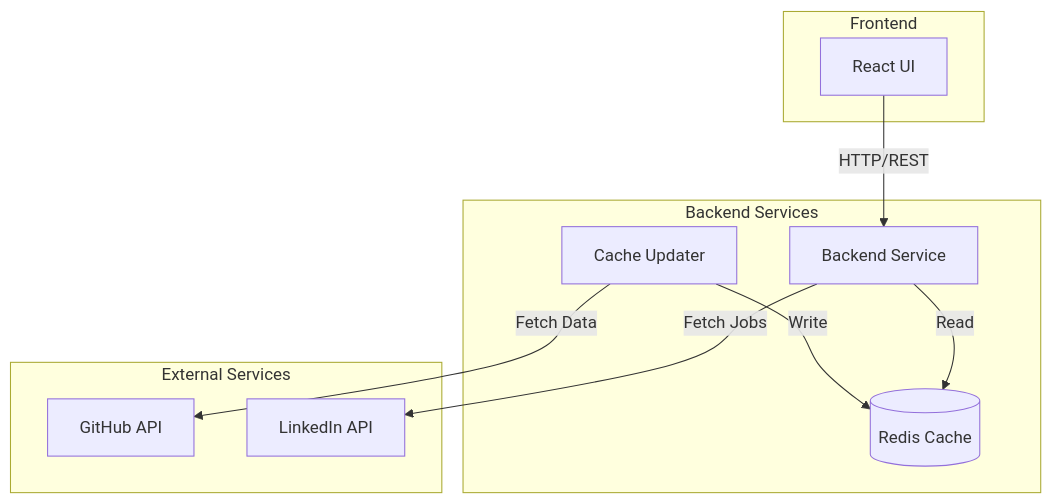
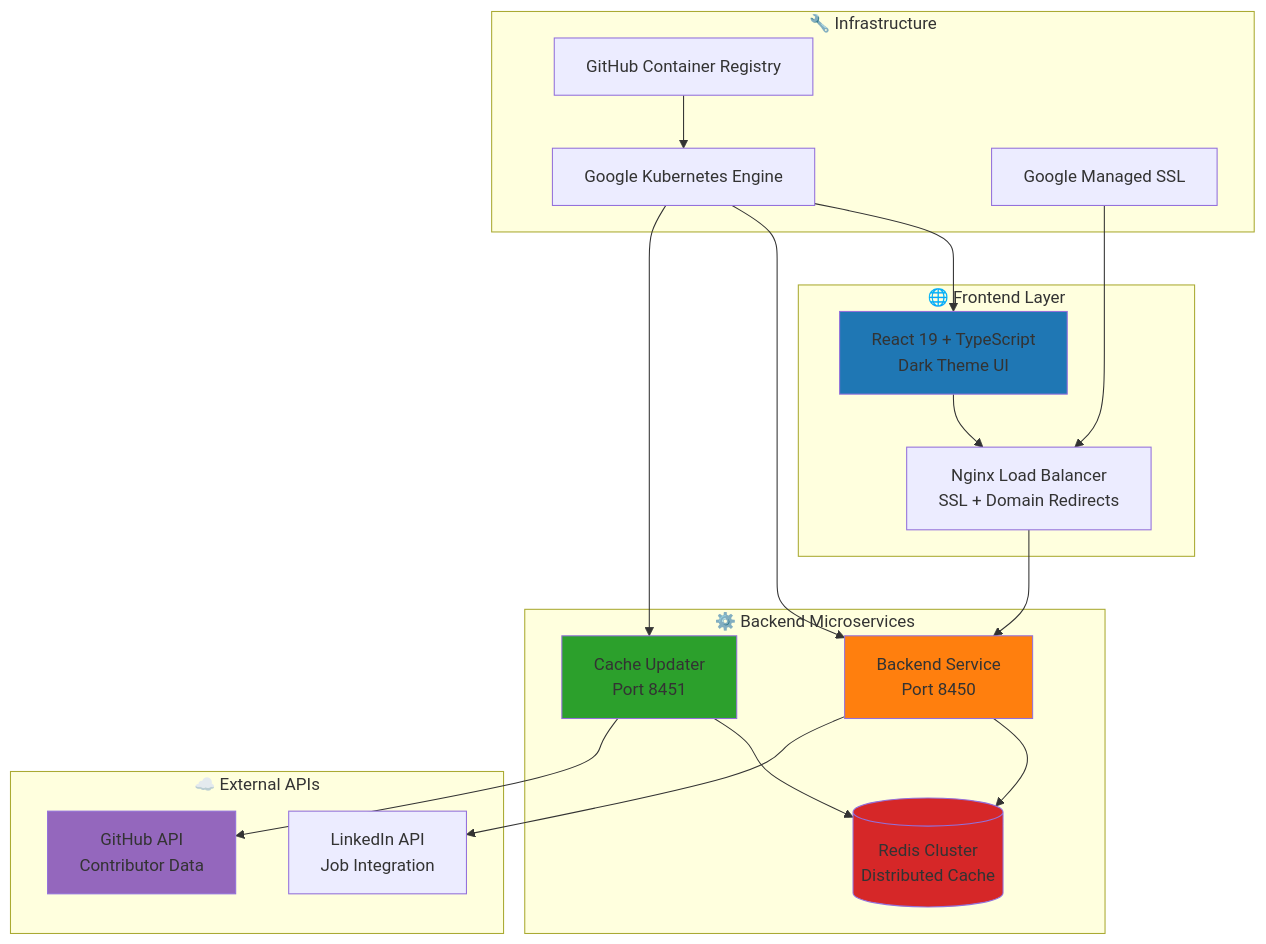
Before and after one commit to flamingo-stack/major-league-github: the diagram in README.md, drawn with Mermaid. The commit also changed other lines of this file and 2 other files, not shown here.

````diff
--- a/README.md
+++ b/README.md
@@ -52,23 +48,43 @@
 ```mermaid
 graph TD
-    subgraph "Frontend"
-        UI[React UI]
+    subgraph "🌐 Frontend Layer"
+        UI[React 19 + TypeScript<br/>Dark Theme UI]
+        NGINX[Nginx Load Balancer<br/>SSL + Domain Redirects]
     end
 
-    subgraph "Backend Services"
-        BS[Backend Service]
-        CU[Cache Updater]
-        RC[(Redis Cache)]
+    subgraph "⚙️ Backend Microservices"
+        BS[Backend Service<br/>Port 8450]
+        CU[Cache Updater<br/>Port 8451]
+        RC[(Redis Cluster<br/>Distributed Cache)]
     end
 
-    subgraph "External Services"
-        GH[GitHub API]
-        LI[LinkedIn API]
+    subgraph "☁️ External APIs"
+        GH[GitHub API<br/>Contributor Data]
+        LI[LinkedIn API<br/>Job Integration]
     end
 
-    UI --> |HTTP/REST| BS
-    BS --> |Read| RC
-    CU --> |Write| RC
-    CU --> |Fetch Data| GH
-    BS --> |Fetch Jobs| LI
+    subgraph "🔧 Infrastructure"
+        GKE[Google Kubernetes Engine]
+        SSL[Google Managed SSL]
+        GCR[GitHub Container Registry]
+    end
+
+    UI --> NGINX
+    NGINX --> BS
+    BS --> RC
+    CU --> RC
+    CU --> GH
+    BS --> LI
+    
+    GKE --> UI
+    GKE --> BS
+    GKE --> CU
+    SSL --> NGINX
+    GCR --> GKE
+    
+    style UI fill:#1f77b4
+    style BS fill:#ff7f0e
+    style CU fill:#2ca02c
+    style RC fill:#d62728
+    style GH fill:#9467bd
 ```
````
